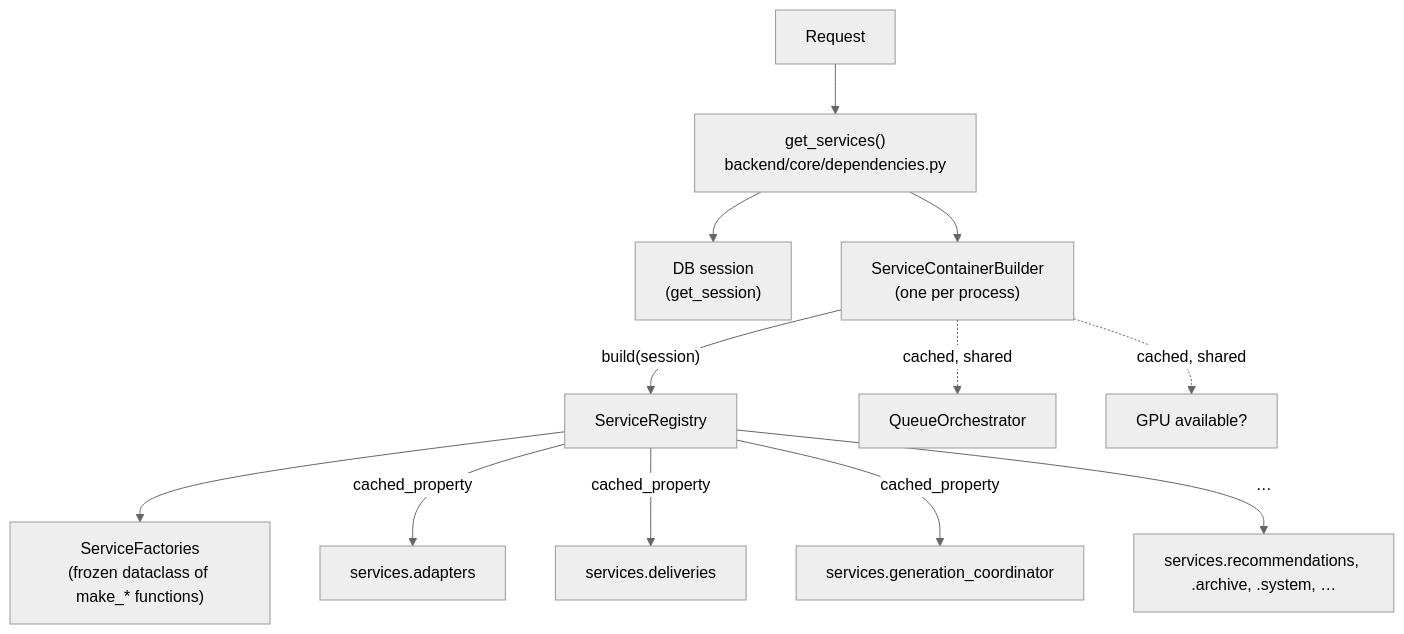
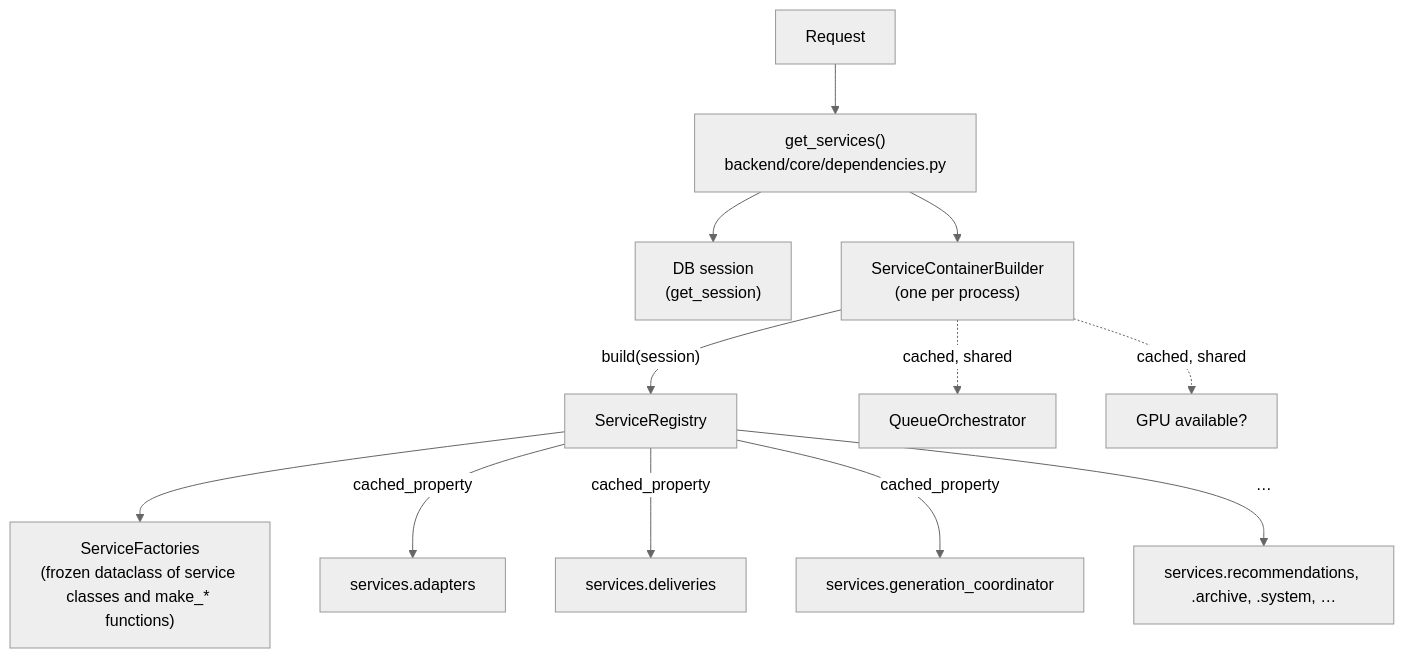
One commit to JoseStud/LoraAPIBackend changed the diagram in docs/wiki/Backend.md. Above: the diagram before and after it, drawn with Mermaid (neutral theme). The commit also changed other lines of this file and 18 other files, not shown here.

````diff
--- a/docs/wiki/Backend.md
+++ b/docs/wiki/Backend.md
@@ -61,14 +61,14 @@
 ```mermaid
 flowchart TD
     Req["Request"] --> GS["get_services()<br/>backend/core/dependencies.py"]
     GS --> Sess["DB session<br/>(get_session)"]
     GS --> B["ServiceContainerBuilder<br/>(one per process)"]
     B -- "build(session)" --> R["ServiceRegistry"]
     B -. "cached, shared" .-> Q["QueueOrchestrator"]
     B -. "cached, shared" .-> G["GPU available?"]
-    R --> F["ServiceFactories<br/>(frozen dataclass of make_* functions)"]
+    R --> F["ServiceFactories<br/>(frozen dataclass of service classes and make_* functions)"]
     R -->|"cached_property"| S1["services.adapters"]
     R -->|"cached_property"| S2["services.deliveries"]
     R -->|"cached_property"| S3["services.generation_coordinator"]
     R -->|"…"| S4["services.recommendations, .archive, .system, …"]
 ```
````
